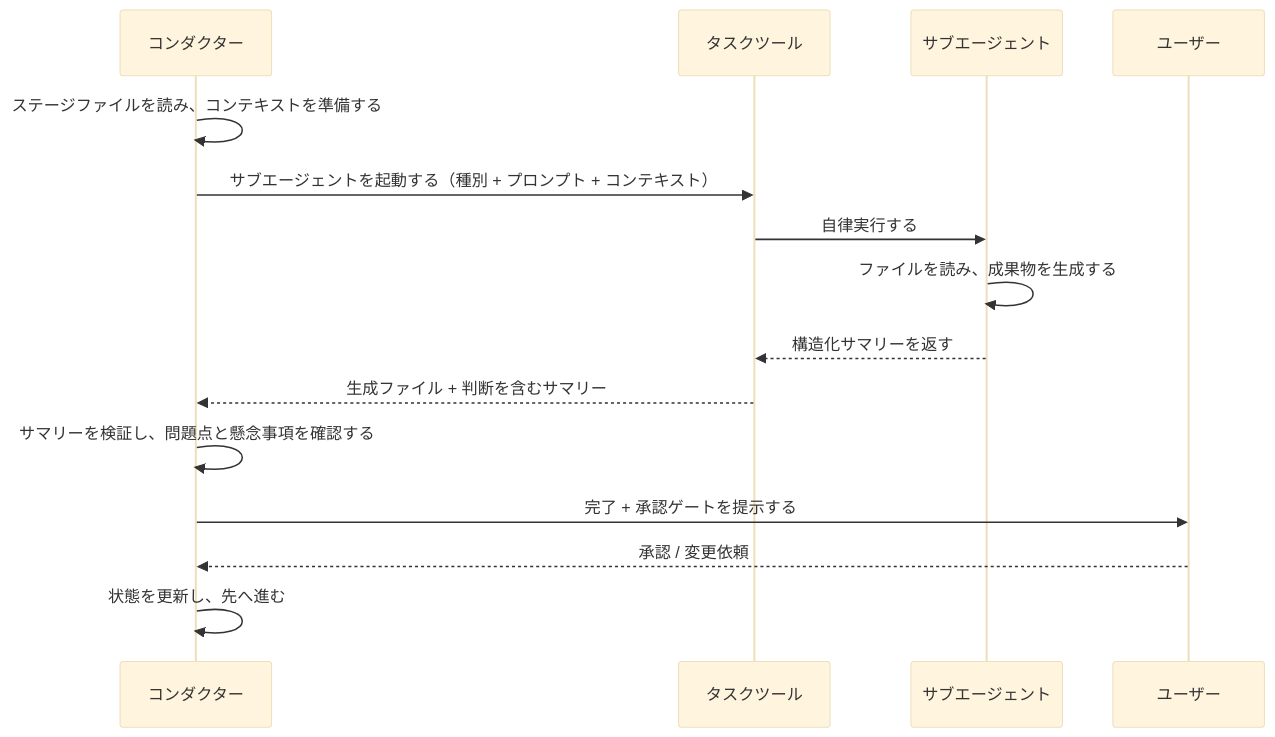
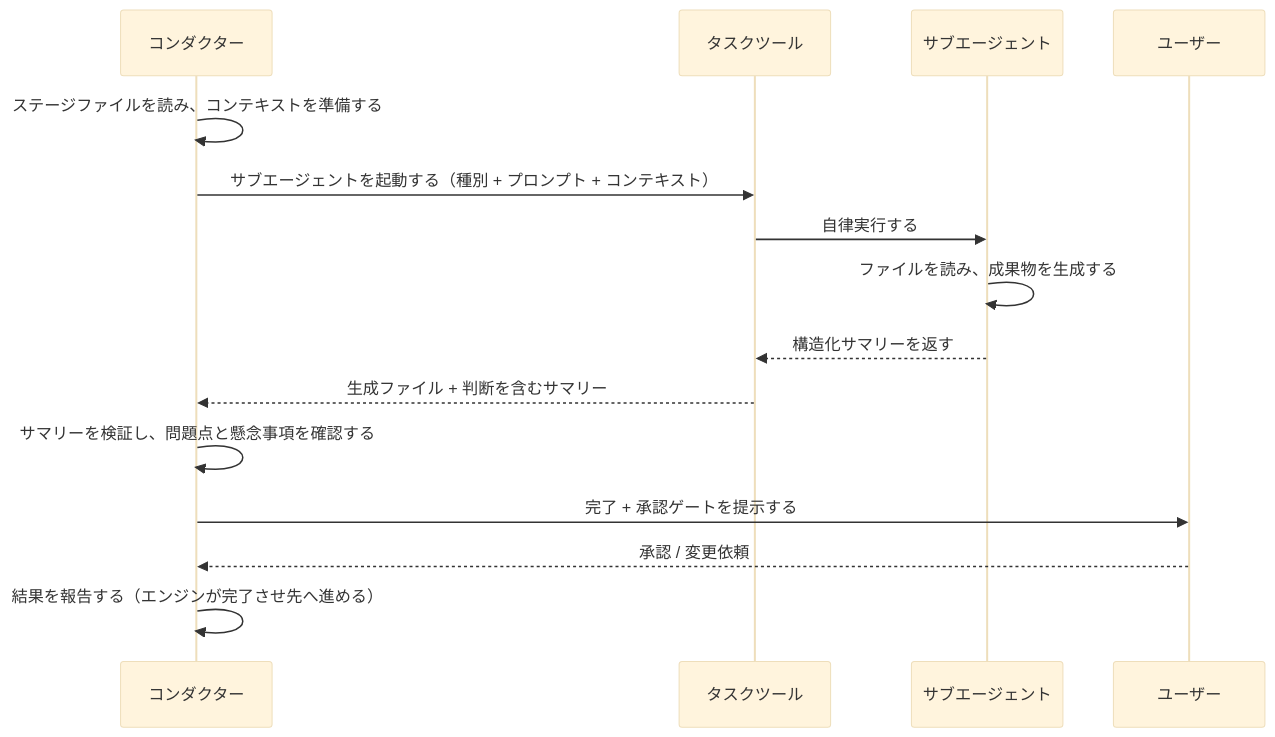
The fourth of 4 diagrams in docs/reference/01-architecture.mdx (otomatty/aidlc-workflows-docs), drawn with Mermaid (base theme) before and after one commit. The commit also changed other lines of this file and 71 other files, not shown here.

````diff
--- a/docs/reference/01-architecture.mdx
+++ b/docs/reference/01-architecture.mdx
@@ -249,18 +249,18 @@
 ```mermaid
 sequenceDiagram
     participant O as コンダクター
     participant T as タスクツール
     participant SA as サブエージェント
     participant U as ユーザー
 
     O->>O: ステージファイルを読み、コンテキストを準備する
     O->>T: サブエージェントを起動する（種別 + プロンプト + コンテキスト）
     T->>SA: 自律実行する
     SA->>SA: ファイルを読み、成果物を生成する
     SA-->>T: 構造化サマリーを返す
     T-->>O: 生成ファイル + 判断を含むサマリー
     O->>O: サマリーを検証し、問題点と懸念事項を確認する
     O->>U: 完了 + 承認ゲートを提示する
     U-->>O: 承認 / 変更依頼
-    O->>O: 状態を更新し、先へ進む
+    O->>O: 結果を報告する（エンジンが完了させ先へ進める）
 ```
````
